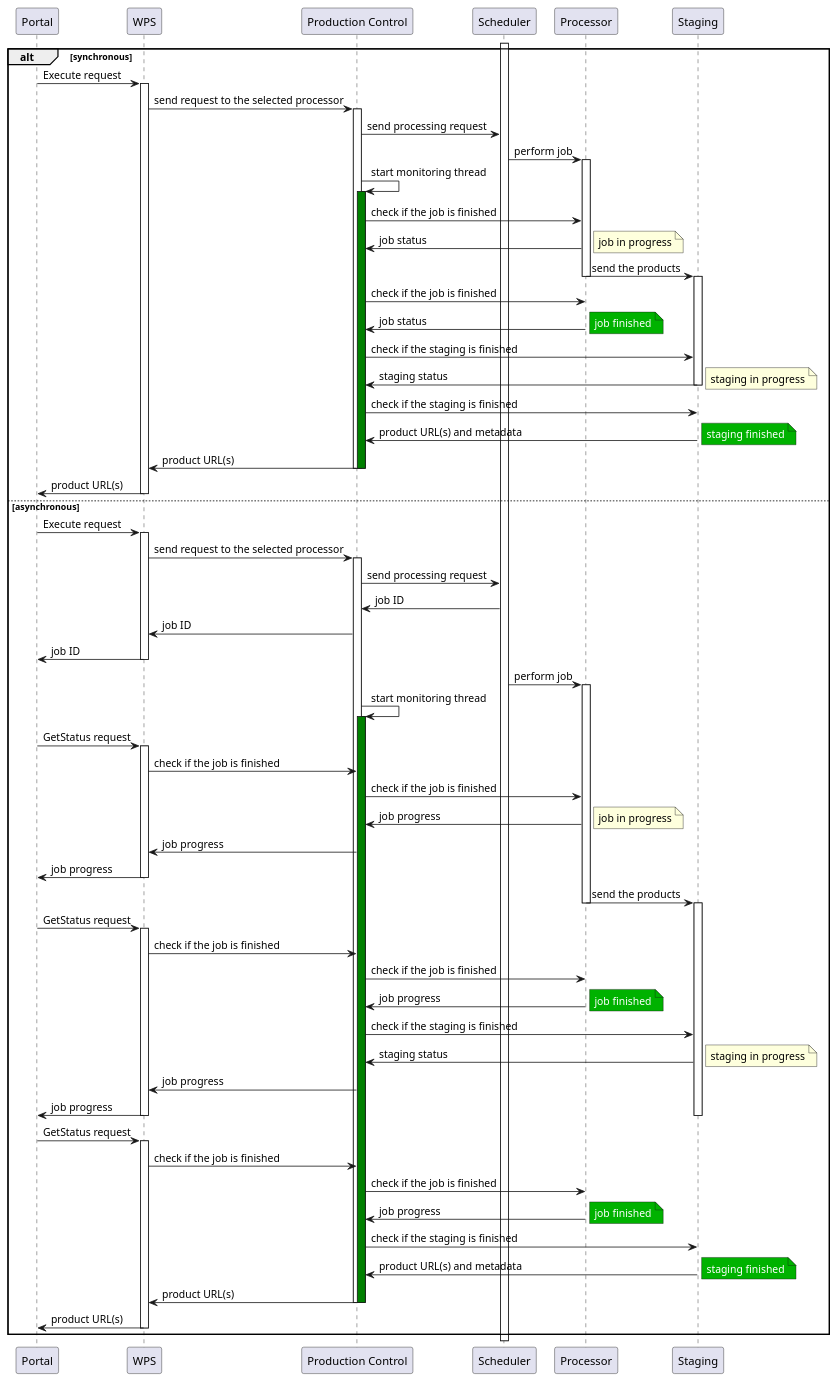
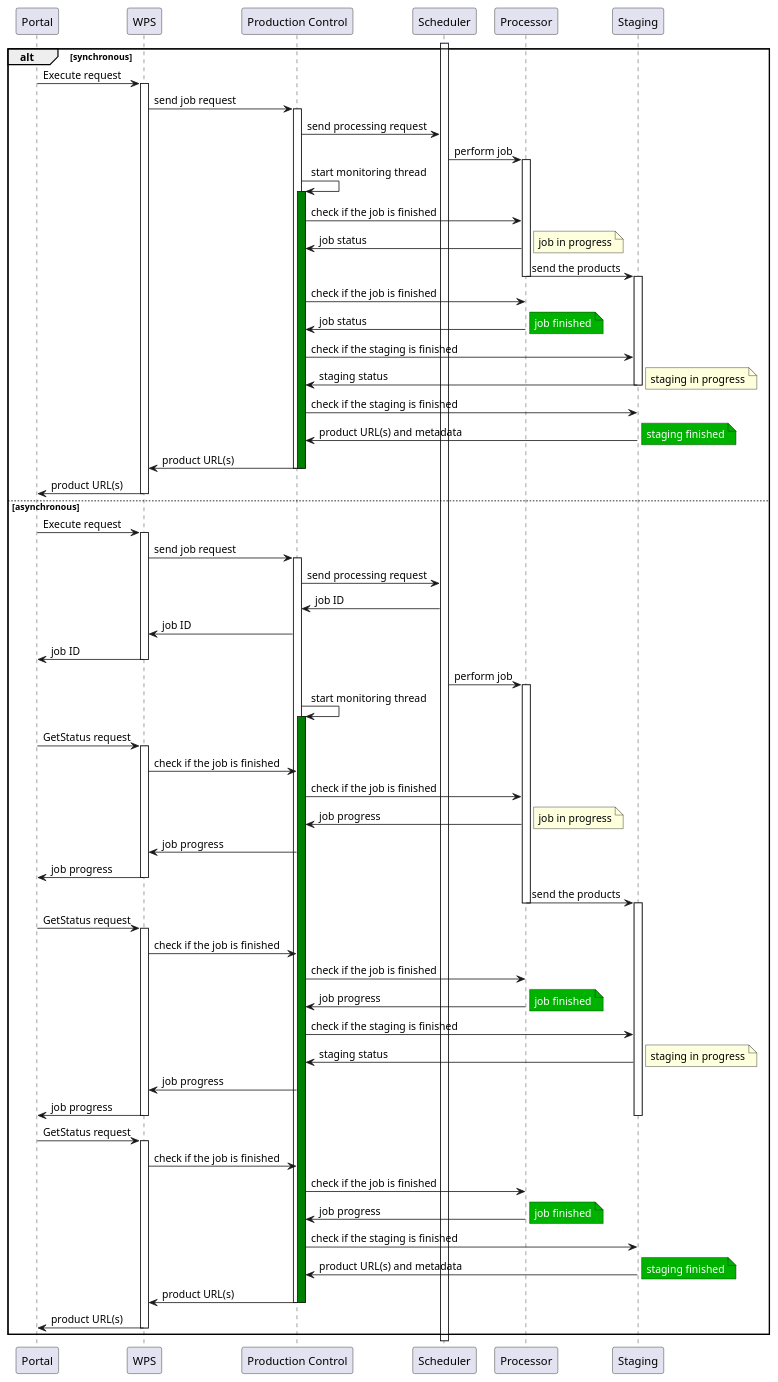
Before and after one commit to urban-tep/DDF-SDD: the second of 3 diagrams in source/design/UC02.rst, drawn with PlantUML. The commit also changed other lines of this file and 10 other files, not shown here.

Commit message:
Added description to the sequence diagram in UC02. Modified some index.rst so that the left-side toolbar always represents the right document structure.

```diff
--- a/source/design/UC02.rst
+++ b/source/design/UC02.rst
@@ -72,5 +72,5 @@
 .. uml::
-  :caption: Execute request
+  :caption: Processing execution in the processing centers
   :align: center
 
 
@@ -87,7 +87,7 @@
 	  Portal -> WPS : Execute request
 	  
 	  activate WPS
-	  WPS -> PC : send request to the selected processor
+	  WPS -> PC : send job request
 	  
 	  activate PC
 	  PC -> Scheduler : send processing request
@@ -129,7 +129,7 @@
 
 	  Portal -> WPS : Execute request
 	  activate WPS
-	  WPS -> PC : send request to the selected processor
+	  WPS -> PC : send job request
 	  
 	  activate PC
 	  PC -> Scheduler : send processing request
```
